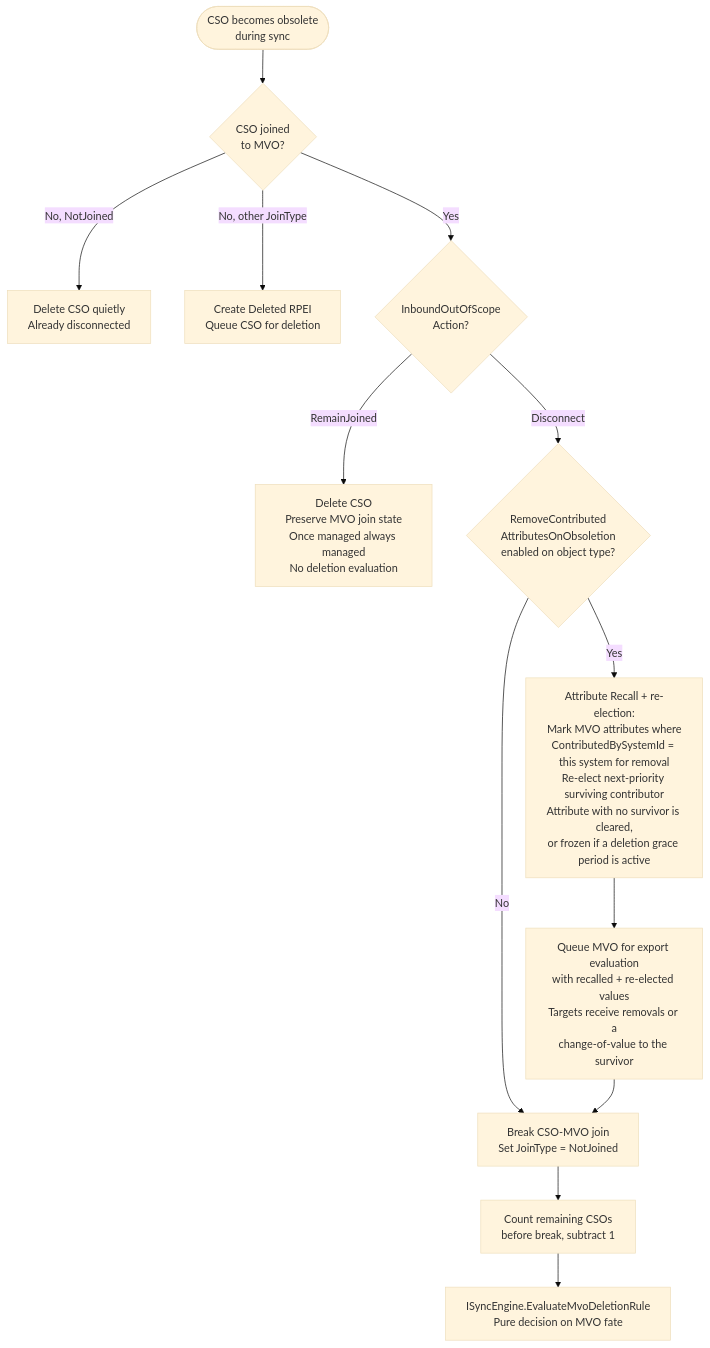
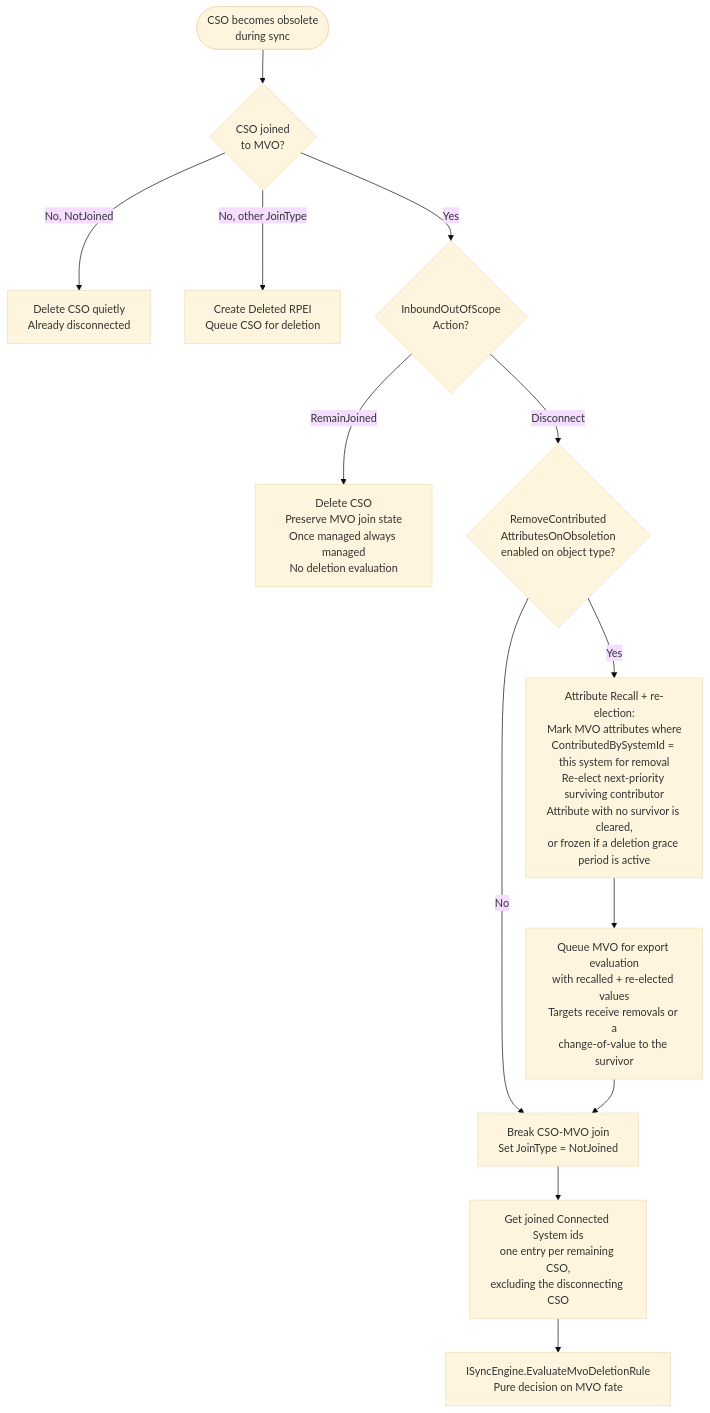
The first of 7 diagrams in docs/developer/diagrams/MVO_DELETION_AND_GRACE_PERIOD.md (TetronIO/JIM), drawn with Mermaid (base theme) before and after one commit. The commit also changed other lines of this file and 6 other files, not shown here.

First line of the commit message:
docs(deletion): trigger modes integration scenario, diagrams, admin docs, changelog (#119)

````diff
--- a/docs/developer/diagrams/MVO_DELETION_AND_GRACE_PERIOD.md
+++ b/docs/developer/diagrams/MVO_DELETION_AND_GRACE_PERIOD.md
@@ -17,20 +30,20 @@
 ```mermaid
 flowchart TD
     Start([CSO becomes obsolete<br/>during sync]) --> Joined{CSO joined<br/>to MVO?}
 
     Joined -->|No, NotJoined| QuietDelete[Delete CSO quietly<br/>Already disconnected]
     Joined -->|No, other JoinType| DeleteWithRPEI[Create Deleted RPEI<br/>Queue CSO for deletion]
 
     Joined -->|Yes| OosAction{InboundOutOfScope<br/>Action?}
 
     OosAction -->|RemainJoined| KeepJoin[Delete CSO<br/>Preserve MVO join state<br/>Once managed always managed<br/>No deletion evaluation]
 
     OosAction -->|Disconnect| RemoveAttrs{RemoveContributed<br/>AttributesOnObsoletion<br/>enabled on object type?}
     RemoveAttrs -->|Yes| RecallAttrs[Attribute Recall + re-election:<br/>Mark MVO attributes where<br/>ContributedBySystemId = this system for removal<br/>Re-elect next-priority surviving contributor<br/>Attribute with no survivor is cleared,<br/>or frozen if a deletion grace period is active]
     RemoveAttrs -->|No| BreakJoin
     RecallAttrs --> QueueRecall[Queue MVO for export evaluation<br/>with recalled + re-elected values<br/>Targets receive removals or a<br/>change-of-value to the survivor]
     QueueRecall --> BreakJoin[Break CSO-MVO join<br/>Set JoinType = NotJoined]
 
-    BreakJoin --> CountRemaining[Count remaining CSOs<br/>before break, subtract 1]
-    CountRemaining --> EvalDeletion[ISyncEngine.EvaluateMvoDeletionRule<br/>Pure decision on MVO fate]
+    BreakJoin --> GetRemaining[Get joined Connected System ids<br/>one entry per remaining CSO,<br/>excluding the disconnecting CSO]
+    GetRemaining --> EvalDeletion[ISyncEngine.EvaluateMvoDeletionRule<br/>Pure decision on MVO fate]
 ```
````
